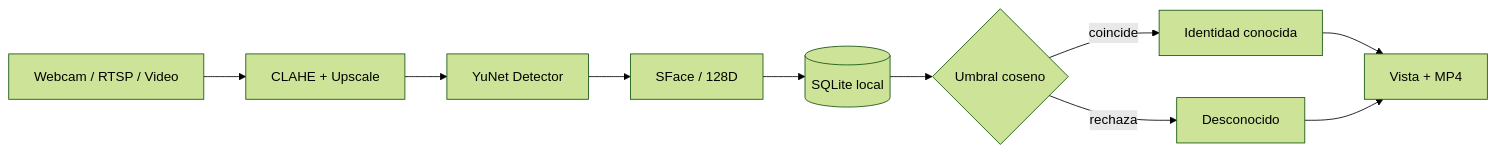
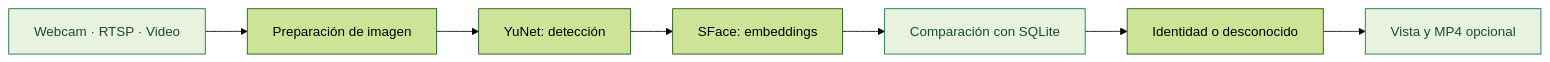
One commit to alejondr3/Faceguard changed the diagram in README.md. Above: the diagram before and after it, drawn with Mermaid (forest theme). The commit also changed other lines of this file, not shown here.

Commit message:
Rediseñar README con portada limpia, tarjetas y guía visual

````diff
--- a/README.md
+++ b/README.md
@@ -223,12 +194,12 @@
 ```mermaid
 flowchart LR
-    A[Webcam / RTSP / Video] --> B[CLAHE + Upscale]
-    B --> C[YuNet Detector]
-    C --> D[SFace / 128D]
-    D --> E[(SQLite local)]
-    E --> F{Umbral coseno}
-    F -->|coincide| G[Identidad conocida]
-    F -->|rechaza| H[Desconocido]
-    G --> I[Vista + MP4]
-    H --> I
+    A["Webcam · RTSP · Video"] --> B["Preparación de imagen"]
+    B --> C["YuNet: detección"]
+    C --> D["SFace: embeddings"]
+    D --> E["Comparación con SQLite"]
+    E --> F["Identidad o desconocido"]
+    F --> G["Vista y MP4 opcional"]
+    style A fill:#e8f2df,stroke:#08714c,color:#174c35
+    style E fill:#e8f2df,stroke:#08714c,color:#174c35
+    style G fill:#e8f2df,stroke:#08714c,color:#174c35
 ```
````
